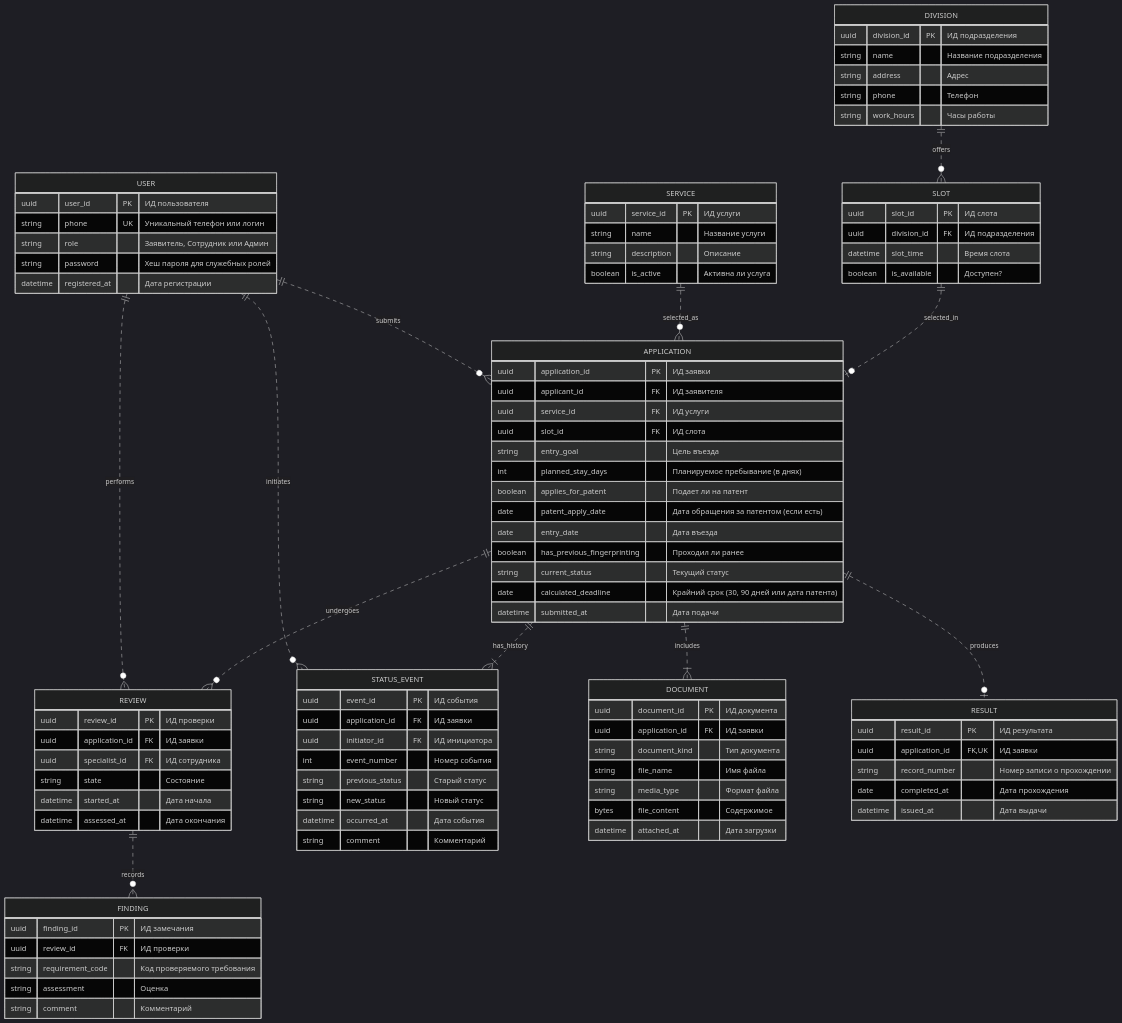
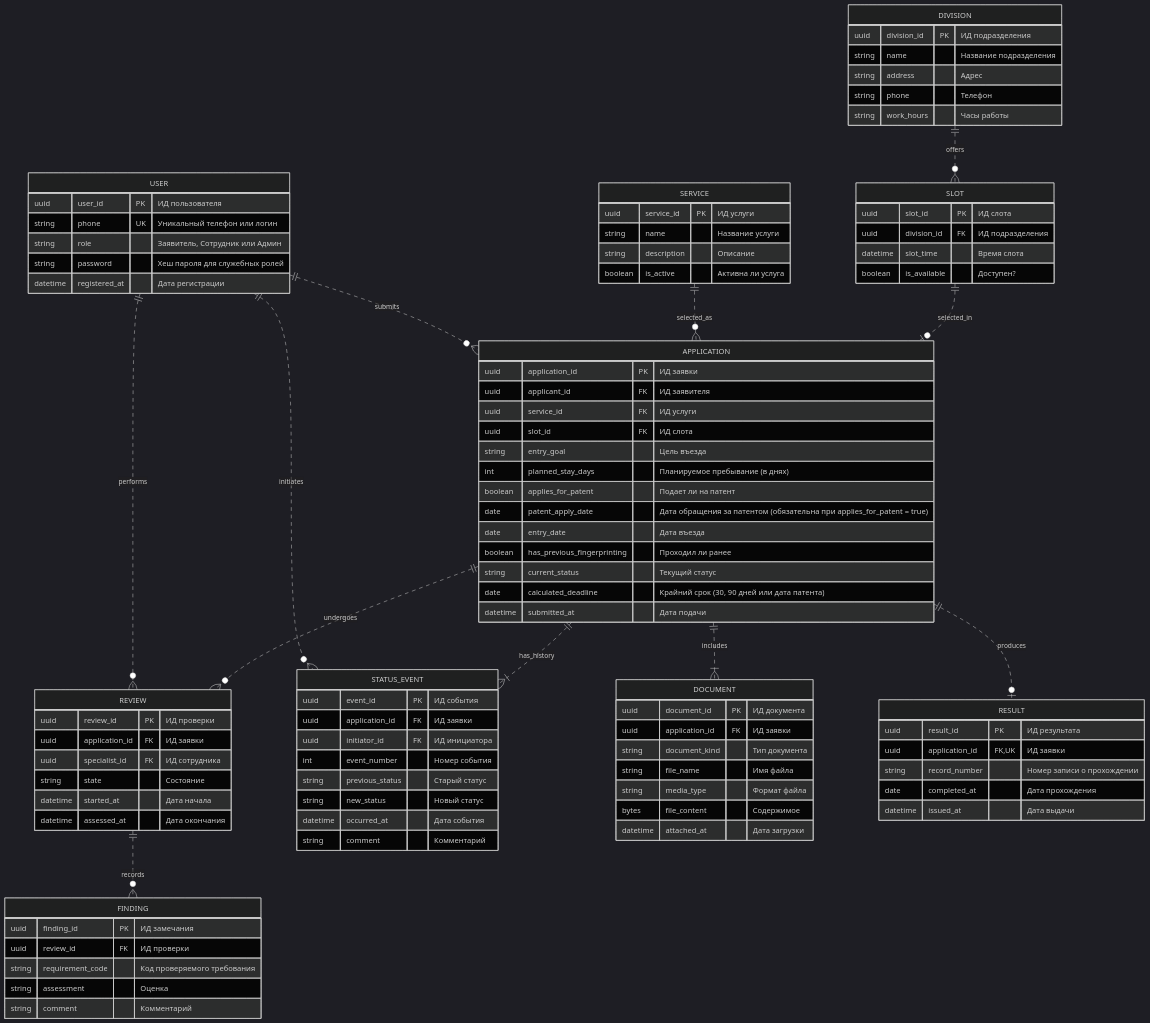
The diagram in er.md (Ahmetlev/LBPIS), drawn with Mermaid (dark theme) before and after one commit. The commit also changed other lines of this file, not shown here.

```diff
--- a/er.md
+++ b/er.md
@@ -29,7 +29,7 @@
         string entry_goal "Цель въезда"
         int planned_stay_days "Планируемое пребывание (в днях)"
         boolean applies_for_patent "Подает ли на патент"
-        date patent_apply_date "Дата обращения за патентом (если есть)"
+        date patent_apply_date "Дата обращения за патентом (обязательна при applies_for_patent = true)"
         date entry_date "Дата въезда"
         boolean has_previous_fingerprinting "Проходил ли ранее"
         string current_status "Текущий статус"
```
